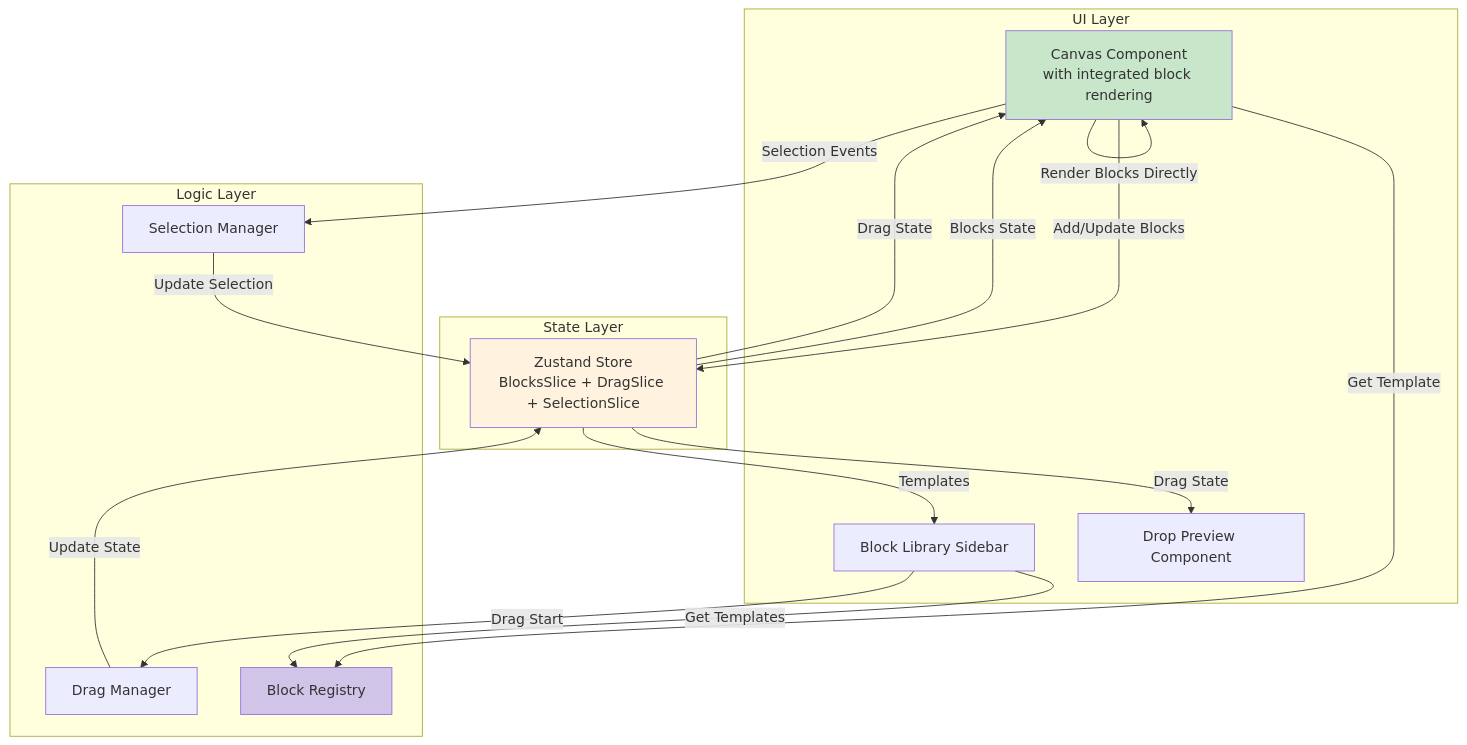
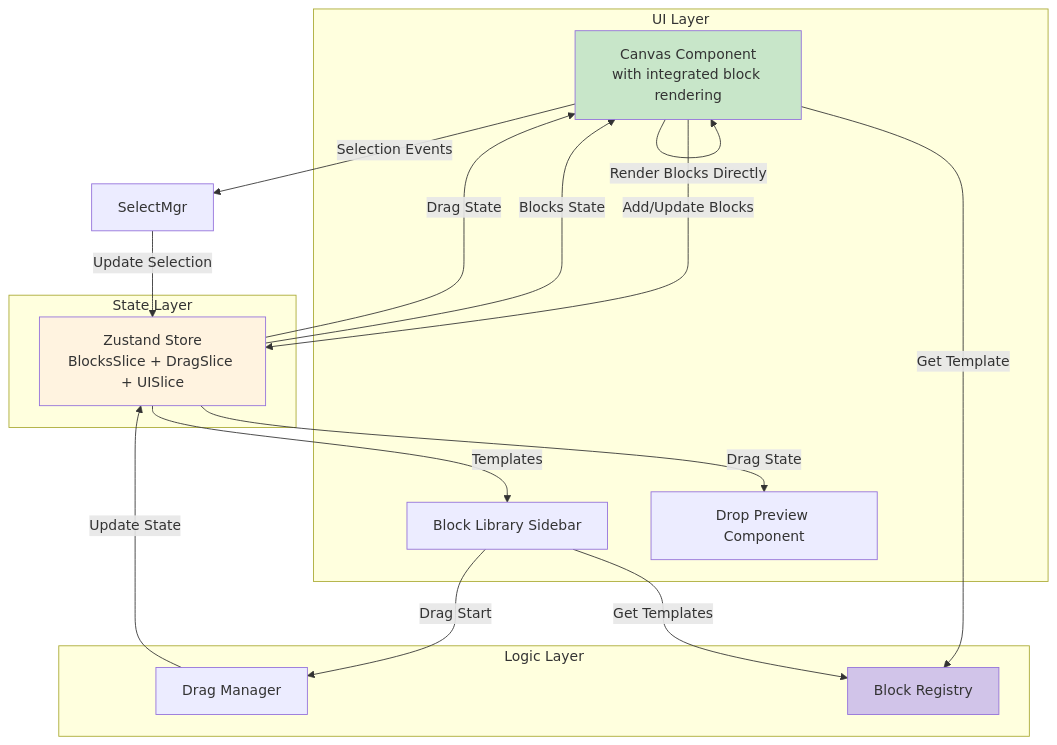
Before and after one commit to litkeys/DraftCN: the diagram in docs/architecture/components.md, drawn with Mermaid. The commit also changed other lines of this file and 17 other files, not shown here.

First line of the commit message:
Fixed block selection persisting when search bar is selected, architectural realignment removing redundant selection slice

````diff
--- a/docs/architecture/components.md
+++ b/docs/architecture/components.md
@@ -174,39 +208,38 @@
 ```mermaid
 graph TB
     subgraph "UI Layer"
         Canvas[Canvas Component<br/>with integrated block rendering]
         Sidebar[Block Library Sidebar]
         DropPreview[Drop Preview Component]
     end
 
     subgraph "Logic Layer"
         DragMgr[Drag Manager]
         Registry[Block Registry]
-        SelectMgr[Selection Manager]
     end
-    
+
     subgraph "State Layer"
-        Store[Zustand Store<br/>BlocksSlice + DragSlice + SelectionSlice]
+        Store[Zustand Store<br/>BlocksSlice + DragSlice + UISlice]
     end
-    
+
     Sidebar -->|Drag Start| DragMgr
     DragMgr -->|Update State| Store
-    
+
     Canvas -->|Get Template| Registry
     Canvas -->|Render Blocks Directly| Canvas
-    
+
     Sidebar -->|Get Templates| Registry
-    
+
     Store -->|Blocks State| Canvas
     Store -->|Drag State| Canvas
     Store -->|Drag State| DropPreview
     Store -->|Templates| Sidebar
-    
+
     Canvas -->|Add/Update Blocks| Store
     Canvas -->|Selection Events| SelectMgr
     SelectMgr -->|Update Selection| Store
-    
+
     style Store fill:#fff3e0
     style Registry fill:#d1c4e9
     style Canvas fill:#c8e6c9
 ```
````
